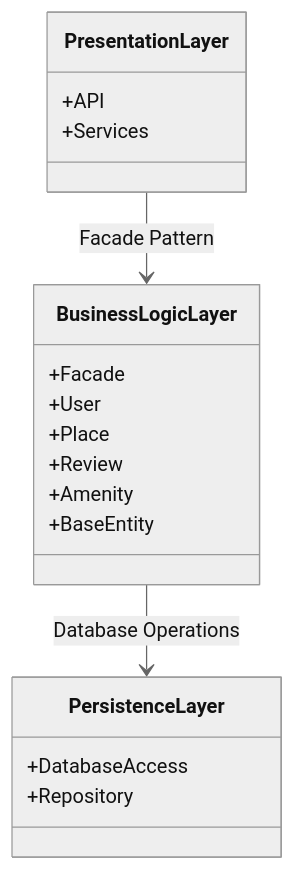
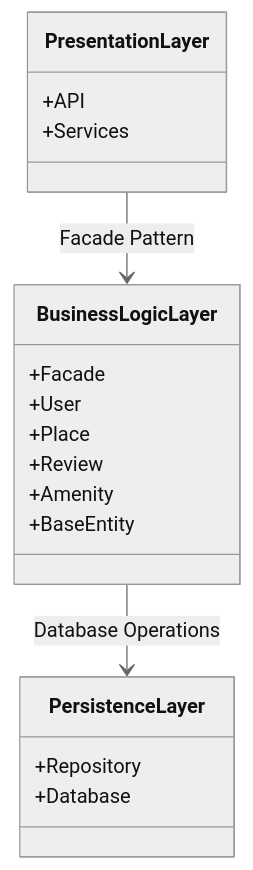
The diagram in part1/High-Level_Package_Diagram.md (Fai-Web-Lab/holbertonschool-hbnb), drawn with Mermaid (neutral theme) before and after one commit. The commit also changed other lines of this file and 1 other file, not shown here.

Commit message:
add Explanatory Notes of High-Level Package Diagram

````diff
--- a/part1/High-Level_Package_Diagram.md
+++ b/part1/High-Level_Package_Diagram.md
@@ -38,22 +11,23 @@
 ```mermaid
 classDiagram
 class PresentationLayer {
     +API
     +Services
 }
 class BusinessLogicLayer {
     +Facade
     +User
     +Place
     +Review
     +Amenity
     +BaseEntity
 }
 class PersistenceLayer {
-    +DatabaseAccess
+
     +Repository
+    +Database
 }
 
 PresentationLayer --> BusinessLogicLayer : Facade Pattern
 BusinessLogicLayer --> PersistenceLayer : Database Operations
 ```
````
